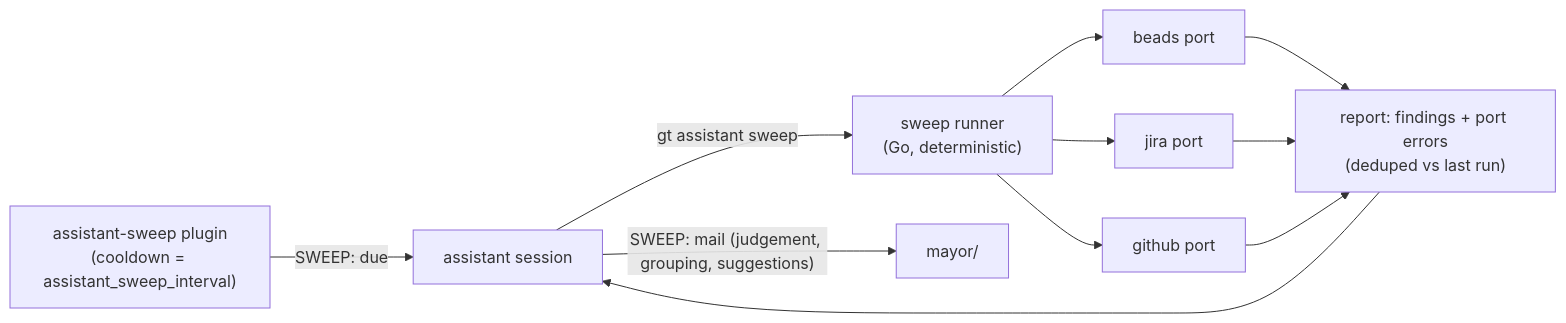
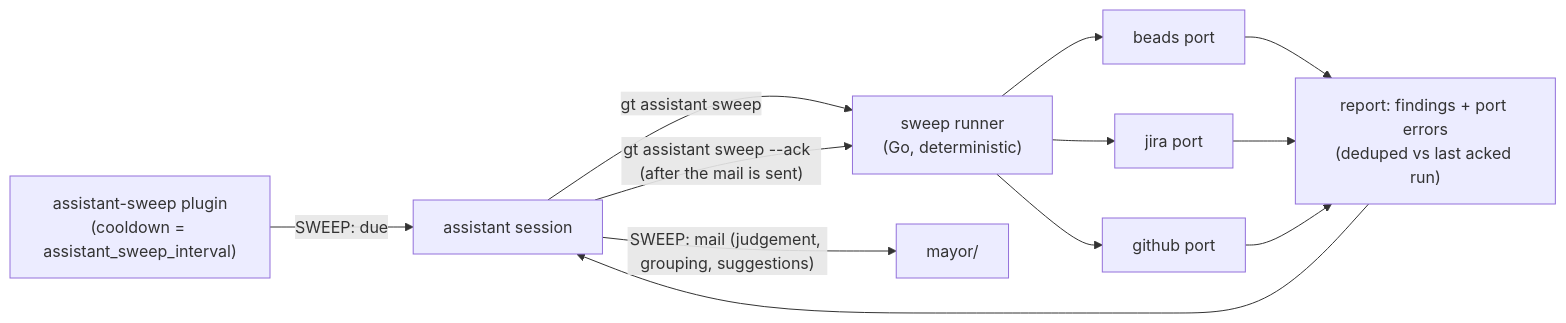
One commit to Phaware-Global/gastown changed the third of 3 diagrams in docs/design/assistant-role.md. Above: the diagram before and after it, drawn with Mermaid. The commit also changed other lines of this file, not shown here.

First line of the commit message:
docs(assistant): sweep review r11 — ack-time eviction for clean ports, persona ID required, allowlisted Fields, line-prefixed fences

````diff
--- a/docs/design/assistant-role.md
+++ b/docs/design/assistant-role.md
@@ -348,13 +357,14 @@
 ```mermaid
 flowchart LR
     TRIG["assistant-sweep plugin<br/>(cooldown = assistant_sweep_interval)"] -- "SWEEP: due" --> A
     A["assistant session"] -- "gt assistant sweep" --> S["sweep runner<br/>(Go, deterministic)"]
     S --> B["beads port"]
     S --> J["jira port"]
     S --> G["github port"]
-    B --> R["report: findings + port errors<br/>(deduped vs last run)"]
+    B --> R["report: findings + port errors<br/>(deduped vs last acked run)"]
     J --> R
     G --> R
     R --> A
     A -- "SWEEP: mail (judgement, grouping, suggestions)" --> M["mayor/"]
+    A -- "gt assistant sweep --ack <run-id> (after the mail is sent)" --> S
 ```
````
